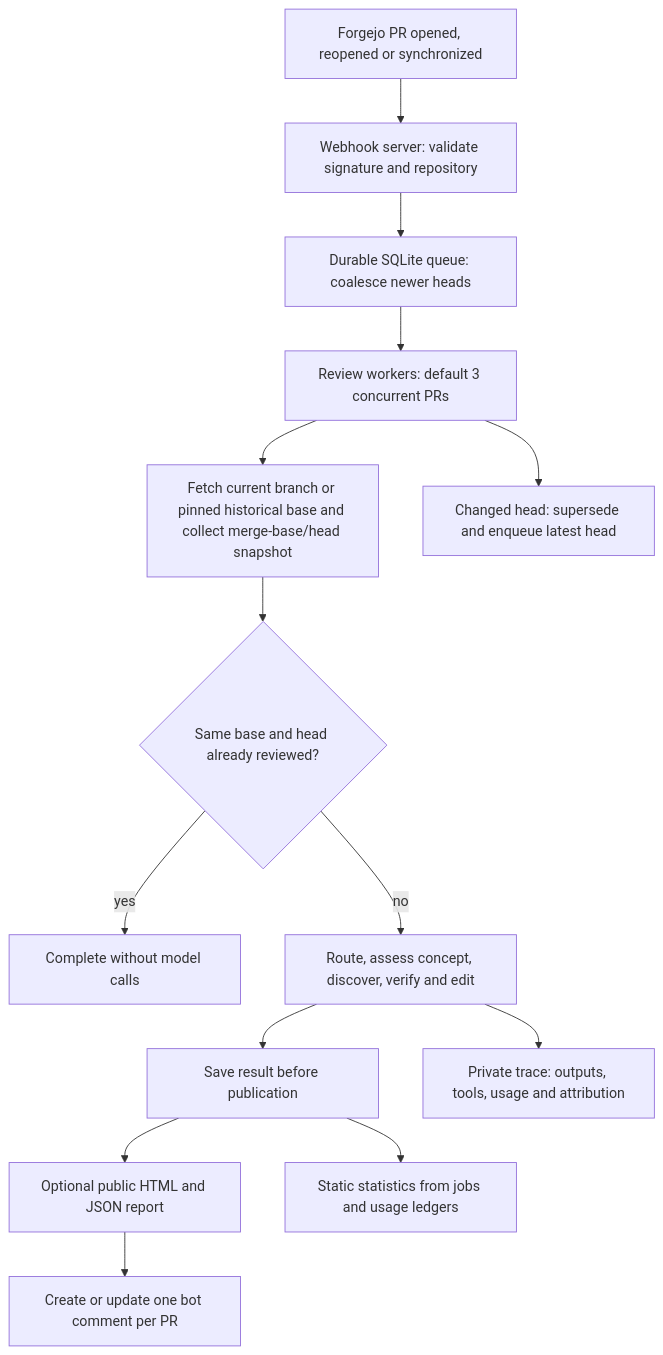
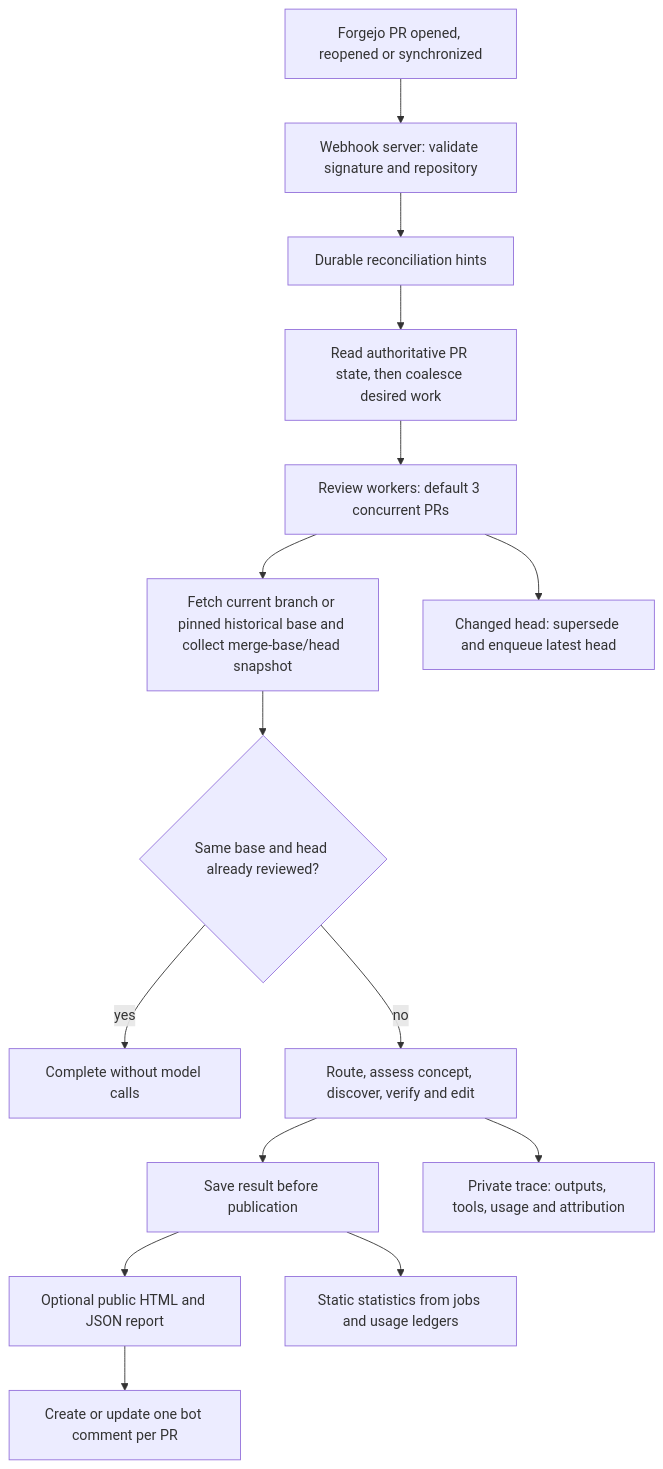
Before and after one commit to willcl-ark/nix: the diagram in pkgs/ralph-service/README.md, drawn with Mermaid. The commit also changed other lines of this file and 9 other files, not shown here.

````diff
--- a/pkgs/ralph-service/README.md
+++ b/pkgs/ralph-service/README.md
@@ -27,16 +27,17 @@
 ```mermaid
 flowchart TD
     event["Forgejo PR opened, reopened or synchronized"] --> webhook["Webhook server: validate signature and repository"]
-    webhook --> queue["Durable SQLite queue: coalesce newer heads"]
+    webhook --> hints["Durable reconciliation hints"]
+    hints --> queue["Read authoritative PR state, then coalesce desired work"]
     queue --> workers["Review workers: default 3 concurrent PRs"]
     workers --> collect["Fetch current branch or pinned historical base and collect merge-base/head snapshot"]
     collect --> existing{"Same base and head already reviewed?"}
     existing -->|yes| done["Complete without model calls"]
     existing -->|no| pipeline["Route, assess concept, discover, verify and edit"]
     pipeline --> saved["Save result before publication"]
     saved --> report["Optional public HTML and JSON report"]
     report --> publish["Create or update one bot comment per PR"]
     pipeline --> trace["Private trace: outputs, tools, usage and attribution"]
     saved --> stats["Static statistics from jobs and usage ledgers"]
     workers --> stale["Changed head: supersede and enqueue latest head"]
 ```
````
